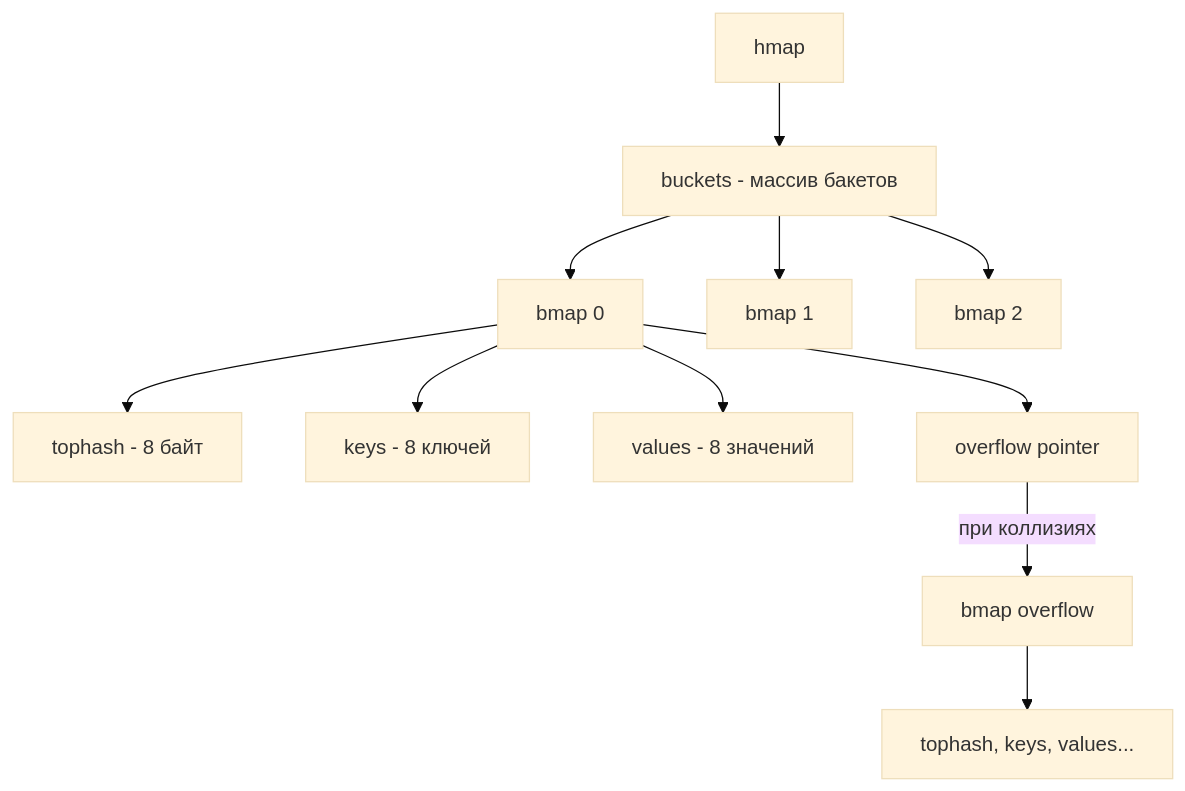
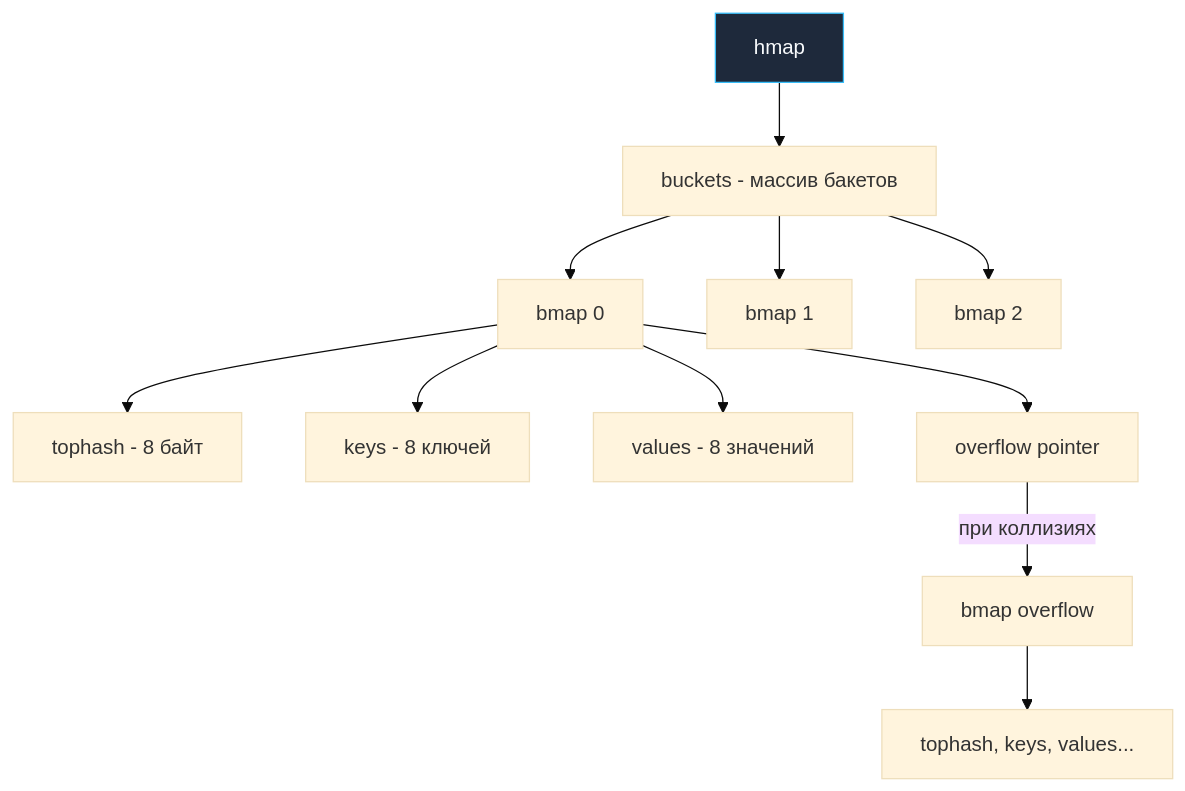
The diagram in sources/21. Задачи с LeetCode и собеседований на Go/02. Задачи/05. Хеш таблицы/1. Теория. Хеш таблицы.md (UnrealTemplier/go-textbook), drawn with Mermaid (base theme) before and after one commit. The commit also changed 1666 other files, not shown here.

First line of the commit message:
feat(mermaid): add semantic color classDef to 1369 colorless flowchart/graph diagrams

````diff
--- a/sources/21. Задачи с LeetCode и собеседований на Go/02. Задачи/05. Хеш таблицы/1. Теория. Хеш таблицы.md
+++ b/sources/21. Задачи с LeetCode и собеседований на Go/02. Задачи/05. Хеш таблицы/1. Теория. Хеш таблицы.md
@@ -61,15 +61,25 @@
 ```mermaid
 flowchart TD
-    A["hmap"] --> B["buckets - массив бакетов"]
+    classDef process  fill:#1e293b,stroke:#38bdf8,stroke-width:1px,color:#f8fafc
+    classDef success  fill:#064e3b,stroke:#34d399,stroke-width:1px,color:#f8fafc
+    classDef error    fill:#7f1d1d,stroke:#f87171,stroke-width:1px,color:#f8fafc
+    classDef warning  fill:#78350f,stroke:#fbbf24,stroke-width:1px,color:#f8fafc
+    classDef entry    fill:#1e3a5f,stroke:#38bdf8,stroke-width:2px,color:#f8fafc
+    classDef aux      fill:#334155,stroke:#64748b,stroke-width:1px,color:#f8fafc
+    classDef system   fill:#312e81,stroke:#a78bfa,stroke-width:1px,color:#f8fafc
+    classDef data     fill:#132d29,stroke:#2dd4bf,stroke-width:1px,color:#f8fafc
+    classDef network  fill:#881337,stroke:#fb7185,stroke-width:1px,color:#f8fafc
+    classDef accent   fill:#1e1b4b,stroke:#818cf8,stroke-width:1px,color:#f8fafc
+    A["hmap"]:::process --> B["buckets - массив бакетов"]
     B --> C["bmap 0"]
     B --> D["bmap 1"]
     B --> E["bmap 2"]
     
     C --> F["tophash - 8 байт"]
     C --> G["keys - 8 ключей"]
     C --> H["values - 8 значений"]
     C --> I["overflow pointer"]
     
     I -->|"при коллизиях"| J["bmap overflow"]
     J --> K["tophash, keys, values..."]
 ```
````
